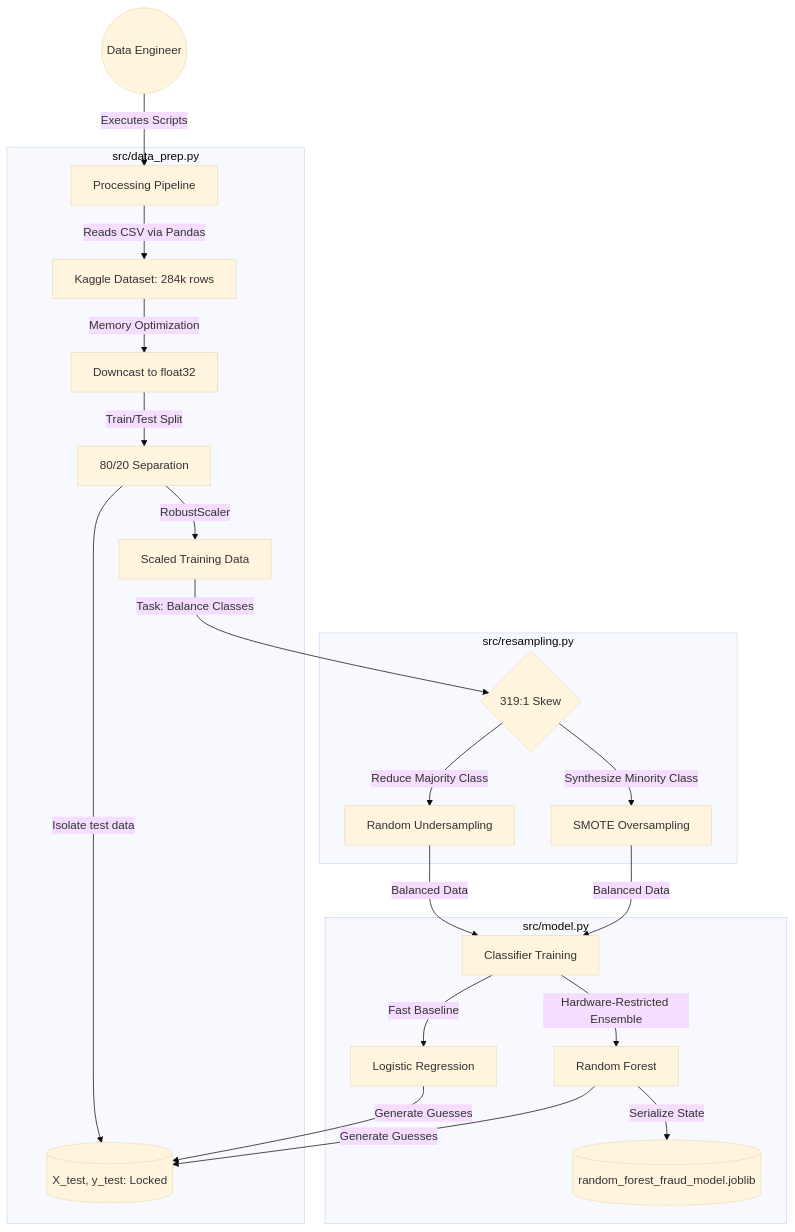
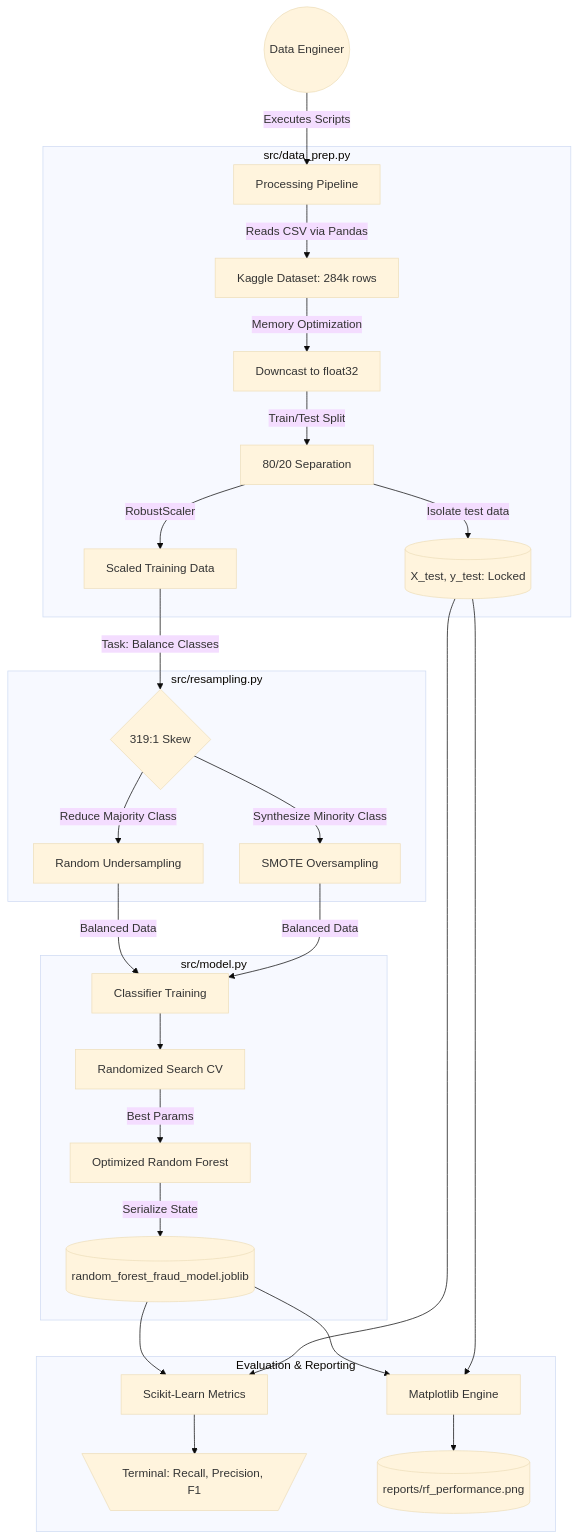
One commit to SyedAzlanzar/credit-card-fraud-detection changed the diagram in README.md. Above: the diagram before and after it, drawn with Mermaid (base theme). The commit also changed other lines of this file and 1 other file, not shown here.

Commit message:
@feat: Implement main pipeline for credit card fraud detection, including data ingestion, preprocessing, model training, evaluation, and visualization.

````diff
--- a/README.md
+++ b/README.md
@@ -26,27 +27,33 @@
 ```mermaid
 flowchart TD
     User((Data Engineer)) -->|Executes Scripts| Pipeline[Processing Pipeline]
     
     subgraph Data Ingestion Layer [src/data_prep.py]
         Pipeline -->|Reads CSV via Pandas| RawData[Kaggle Dataset: 284k rows]
         RawData -->|Memory Optimization| MemOpt[Downcast to float32]
         MemOpt -->|Train/Test Split| Split[80/20 Separation]
         Split -->|Isolate test data| TestSet[(X_test, y_test: Locked)]
         Split -->|RobustScaler| Scaler[Scaled Training Data]
     end
     
     subgraph Resampling Engine [src/resampling.py]
         Scaler -->|Task: Balance Classes| Imbalance{319:1 Skew}
         Imbalance -->|Reduce Majority Class| Under[Random Undersampling]
         Imbalance -->|Synthesize Minority Class| Over[SMOTE Oversampling]
     end
 
     subgraph Machine Learning Engine [src/model.py]
         Under & Over -->|Balanced Data| ML[Classifier Training]
-        ML -->|Fast Baseline| LR[Logistic Regression]
-        ML -->|Hardware-Restricted Ensemble| RF[Random Forest]
-        LR & RF -->|Generate Guesses| TestSet
+        ML --> Tune[Randomized Search CV]
+        Tune -->|Best Params| RF[Optimized Random Forest]
         RF -->|Serialize State| Joblib[(random_forest_fraud_model.joblib)]
     end
 
+    subgraph Evaluation & Reporting
+        Joblib & TestSet --> Eval[Scikit-Learn Metrics]
+        Joblib & TestSet --> Viz[Matplotlib Engine]
+        Eval --> Output1[\Terminal: Recall, Precision, F1/]
+        Viz --> Output2[(reports/rf_performance.png)]
+    end
+
 ```
````
